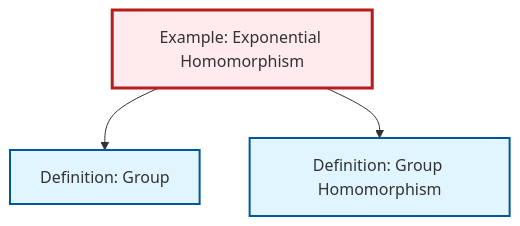
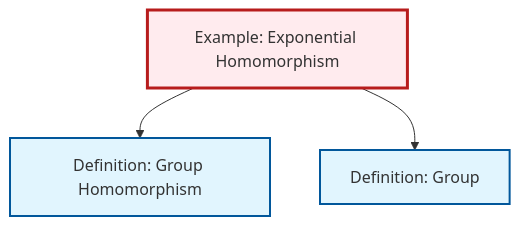
One commit to RK0429/ModernMath changed the diagram in content/en/algebra/ex-exponential-homomorphism.qmd. Above: the diagram before and after it, drawn with Mermaid. The commit also changed other lines of this file and 530 other files, not shown here.

````diff
--- a/content/en/algebra/ex-exponential-homomorphism.qmd
+++ b/content/en/algebra/ex-exponential-homomorphism.qmd
@@ -44,17 +44,17 @@
 ```{mermaid}
 %%| fig-cap: "Local dependency graph"
 graph TD
     classDef definition fill:#e1f5fe,stroke:#01579b,stroke-width:2px
     classDef theorem fill:#f3e5f5,stroke:#4a148c,stroke-width:2px
     classDef axiom fill:#fff3e0,stroke:#e65100,stroke-width:2px
     classDef example fill:#e8f5e9,stroke:#1b5e20,stroke-width:2px
     classDef current fill:#ffebee,stroke:#b71c1c,stroke-width:3px
+    ex-exponential-homomorphism["Example: Exponential Homomorphism"]:::example
+    def-homomorphism["Definition: Group Homomorphism"]:::definition
     def-group["Definition: Group"]:::definition
-    def-homomorphism["Definition: Group Homomorphism"]:::definition
-    ex-exponential-homomorphism["Example: Exponential Homomorphism"]:::example
+    ex-exponential-homomorphism --> def-homomorphism
     ex-exponential-homomorphism --> def-group
-    ex-exponential-homomorphism --> def-homomorphism
     class ex-exponential-homomorphism current
+    click def-homomorphism "def-homomorphism.html" "Go to Group Homomorphism definition"
     click def-group "def-group.html" "Go to Group definition"
-    click def-homomorphism "def-homomorphism.html" "Go to Group Homomorphism definition"
 ```
````
